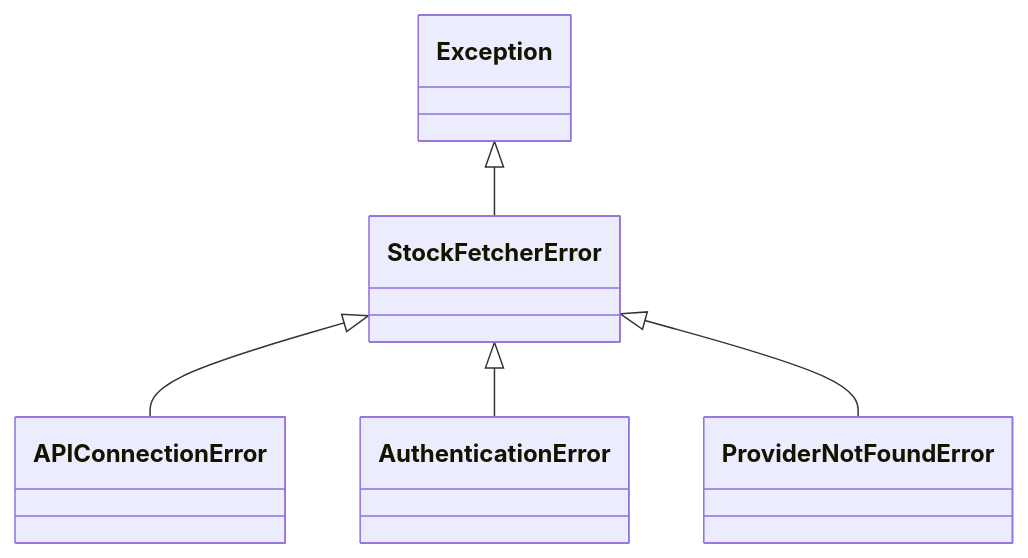
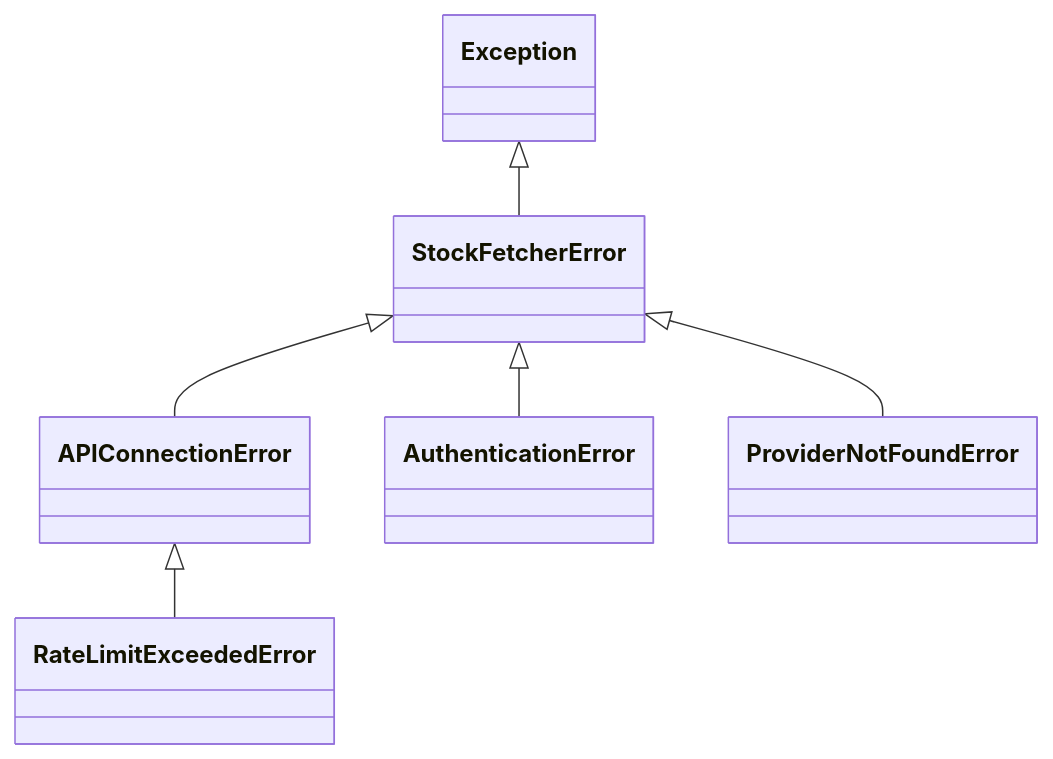
Before and after one commit to AtaCanYmc/stock-fetcher: the second of 2 diagrams in README.md, drawn with Mermaid. The commit also changed other lines of this file and 3 other files, not shown here.

````diff
--- a/README.md
+++ b/README.md
@@ -350,13 +352,15 @@
 ```mermaid
 classDiagram
     class Exception
     class StockFetcherError
     class APIConnectionError
+    class RateLimitExceededError
     class AuthenticationError
     class ProviderNotFoundError
 
     Exception <|-- StockFetcherError
     StockFetcherError <|-- APIConnectionError
+    APIConnectionError <|-- RateLimitExceededError
     StockFetcherError <|-- AuthenticationError
     StockFetcherError <|-- ProviderNotFoundError
 ```
````
